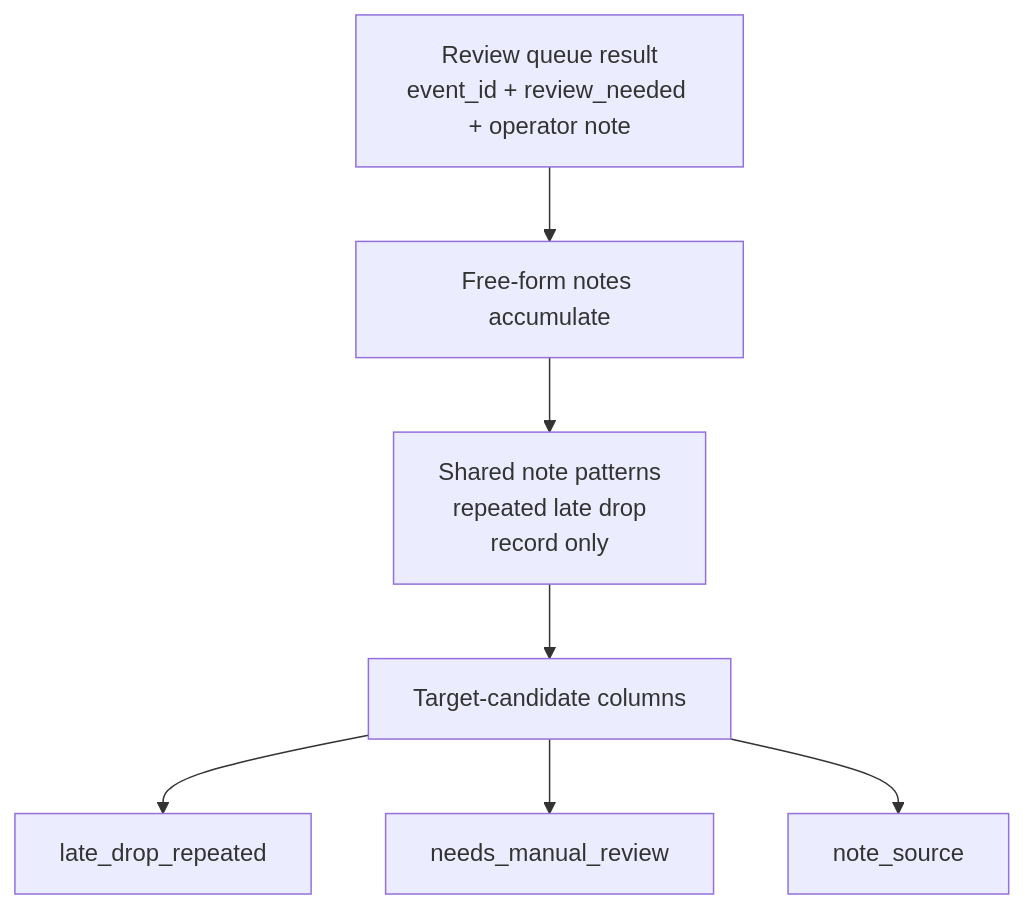
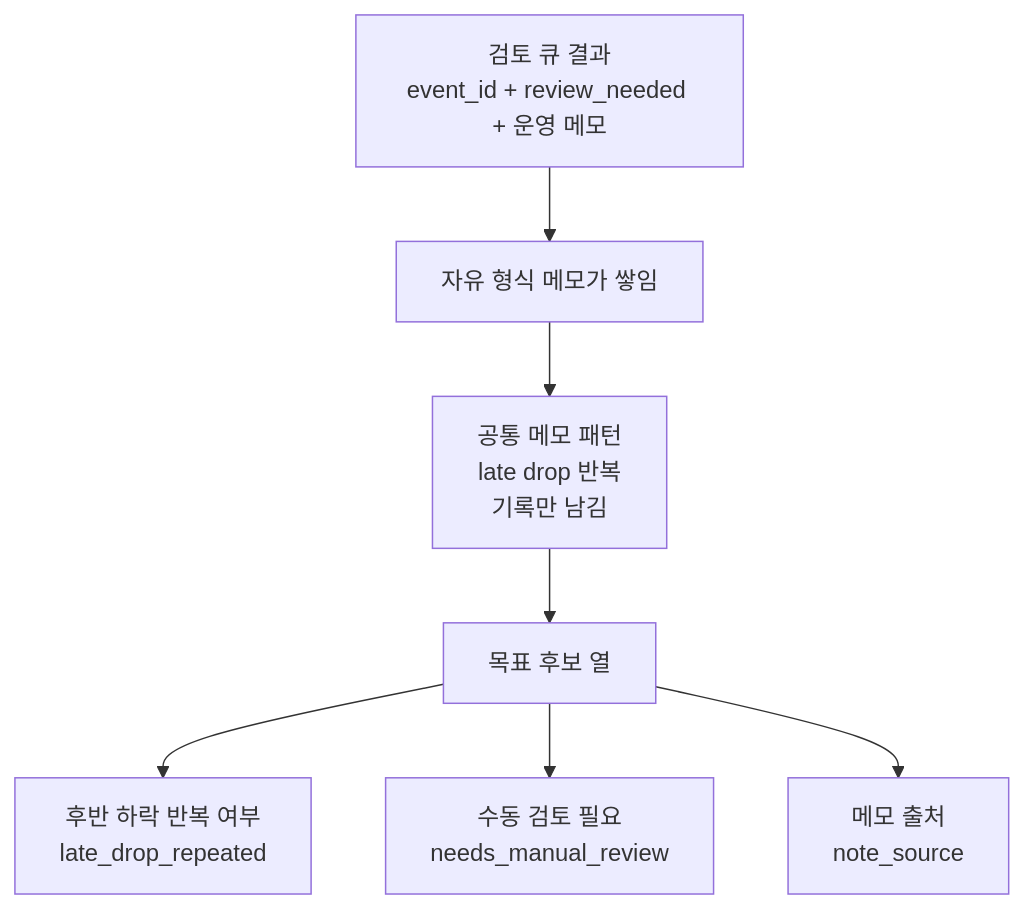
Before and after one commit to devchan64/AiBook: the diagram in docs/parts/part-03/chapter-09/section-04.md, drawn with Mermaid. The commit also changed 45 other files, not shown here.

Commit message:
docs: localize part 3 mermaid diagrams

````diff
--- a/docs/parts/part-03/chapter-09/section-04.md
+++ b/docs/parts/part-03/chapter-09/section-04.md
@@ -90,11 +90,11 @@
 ```mermaid
 flowchart TD
-    A[Review queue result<br/>event_id + review_needed + operator note]
-    A --> B[Free-form notes accumulate]
-    B --> C[Shared note patterns<br/>repeated late drop<br/>record only]
-    C --> D[Target-candidate columns]
+    A[검토 큐 결과<br/>event_id + review_needed + 운영 메모]
+    A --> B[자유 형식 메모가 쌓임]
+    B --> C[공통 메모 패턴<br/>late drop 반복<br/>기록만 남김]
+    C --> D[목표 후보 열]
 
-    D --> D1[late_drop_repeated]
-    D --> D2[needs_manual_review]
-    D --> D3[note_source]
+    D --> D1[후반 하락 반복 여부<br/>late_drop_repeated]
+    D --> D2[수동 검토 필요<br/>needs_manual_review]
+    D --> D3[메모 출처<br/>note_source]
 ```
````
